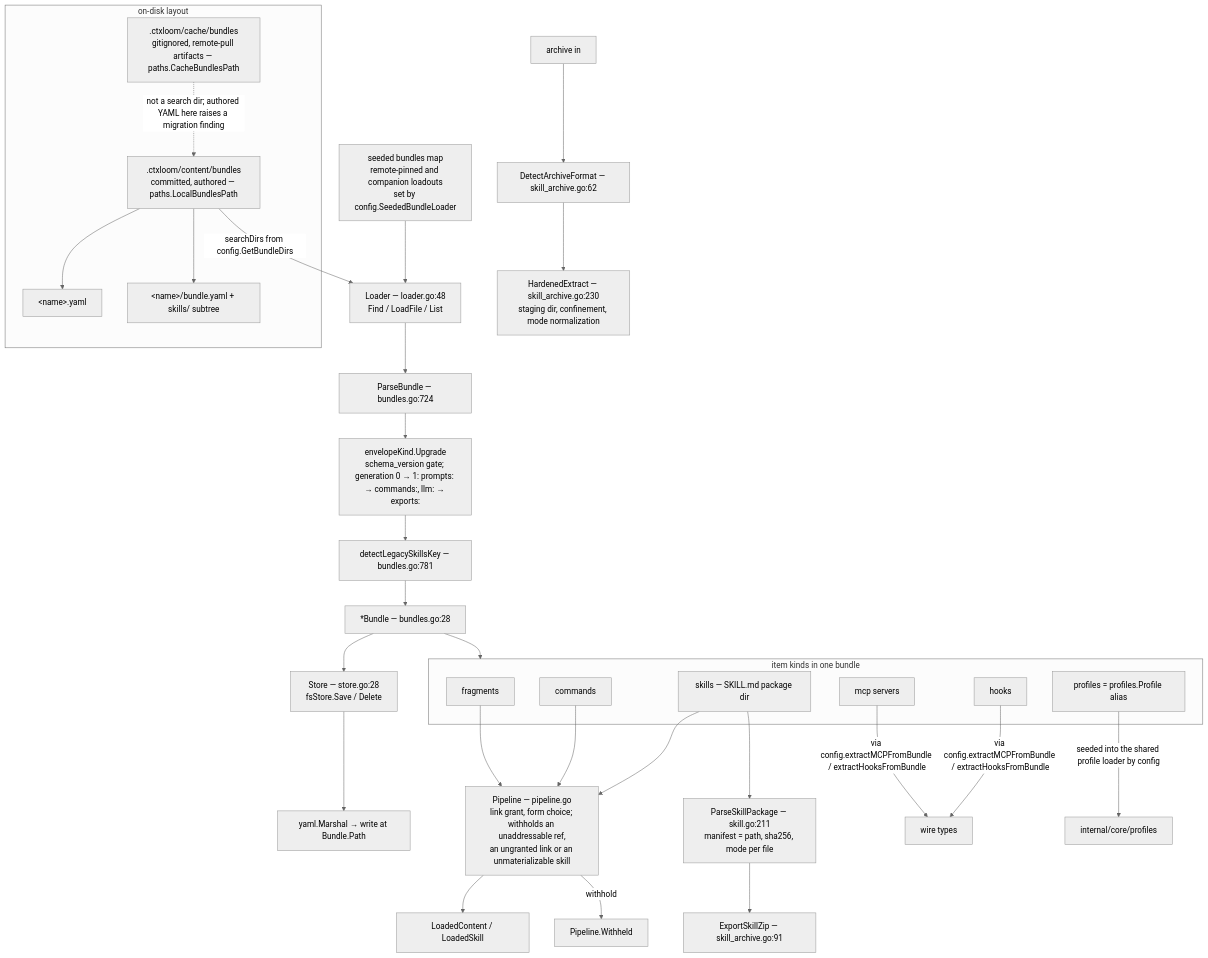
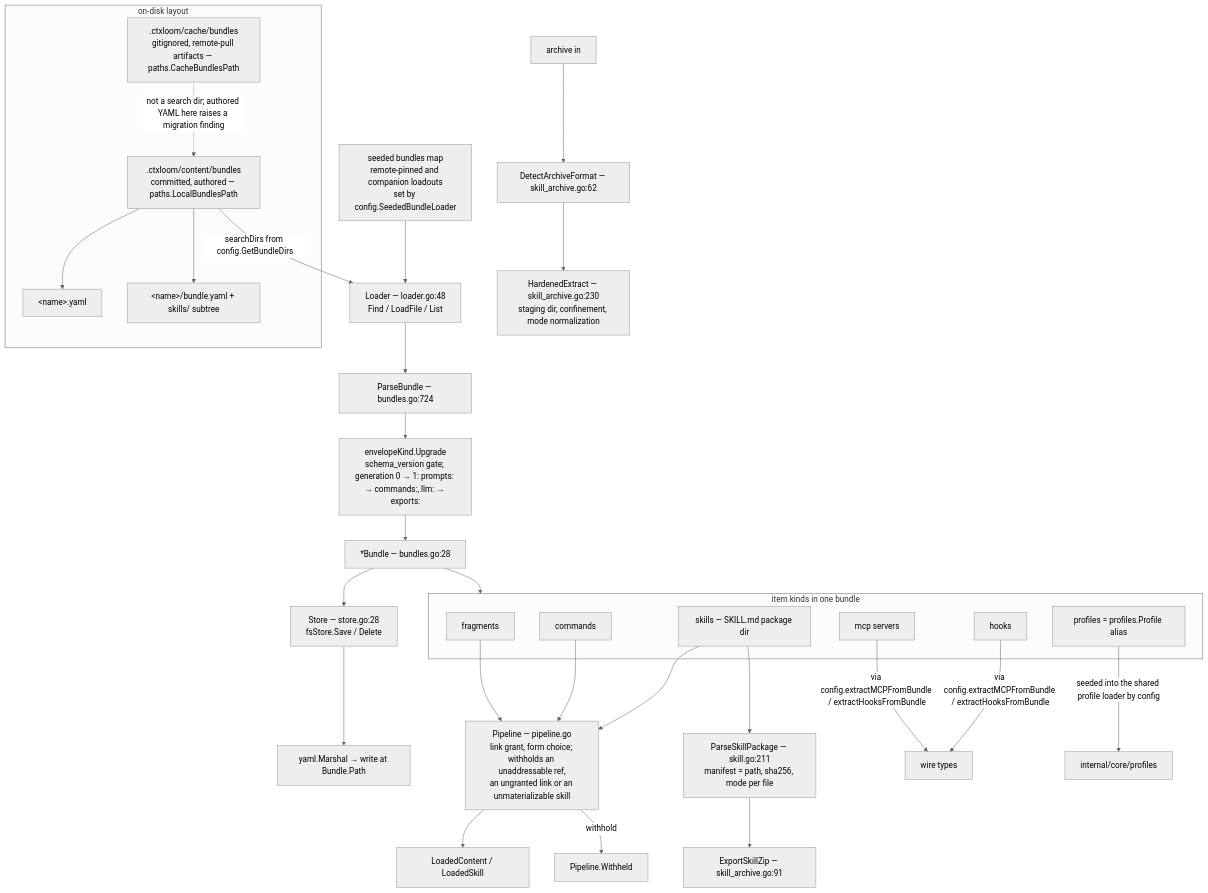
One commit to ctxloom/ctxloom changed the diagram in docs/architecture/core/bundles.md. Above: the diagram before and after it, drawn with Mermaid (neutral theme). The commit also changed 62 other files, not shown here.

First line of the commit message:
config, profiles, bundles: delete every retired-key detector (marshy-capture)

````diff
--- a/docs/architecture/core/bundles.md
+++ b/docs/architecture/core/bundles.md
@@ -29,45 +29,44 @@
 ```mermaid
 flowchart TD
     subgraph disk["on-disk layout"]
         CONTENT[".ctxloom/content/bundles<br/>committed, authored — paths.LocalBundlesPath"]
         CACHE[".ctxloom/cache/bundles<br/>gitignored, remote-pull artifacts — paths.CacheBundlesPath"]
         FORM1["&lt;name&gt;.yaml"]
         FORM2["&lt;name&gt;/bundle.yaml + skills/ subtree"]
         CONTENT --> FORM1 & FORM2
     end
 
     SEED["seeded bundles map<br/>remote-pinned and companion loadouts<br/>set by config.SeededBundleLoader"]
 
     CONTENT -->|"searchDirs from config.GetBundleDirs"| LOADER
     SEED --> LOADER
     CACHE -.->|"not a search dir; authored YAML here raises a migration finding"| CONTENT
 
     LOADER["Loader — loader.go:48<br/>Find / LoadFile / List"] --> PARSE["ParseBundle — bundles.go:724"]
     PARSE --> UPG["envelopeKind.Upgrade<br/>schema_version gate; generation 0 → 1: prompts: → commands:, llm: → exports:"]
-    UPG --> LEG["detectLegacySkillsKey — bundles.go:781"]
-    LEG --> BUNDLE["*Bundle — bundles.go:28"]
+    UPG --> BUNDLE["*Bundle — bundles.go:28"]
 
     BUNDLE --> KINDS
     subgraph KINDS["item kinds in one bundle"]
         FR["fragments"]
         CM["commands"]
         SK["skills — SKILL.md package dir"]
         MC["mcp servers"]
         HK["hooks"]
         PR["profiles = profiles.Profile alias"]
     end
 
     FR & CM & SK --> PIPE["Pipeline — pipeline.go<br/>link grant, form choice; withholds an unaddressable ref,<br/>an ungranted link or an unmaterializable skill"]
     PIPE --> OUT["LoadedContent / LoadedSkill"]
     PIPE -->|withhold| WH["Pipeline.Withheld"]
     MC & HK -->|"via config.extractMCPFromBundle / extractHooksFromBundle"| WIRE["wire types"]
 
     PR -->|"seeded into the shared profile loader by config"| PROF["internal/core/profiles"]
 
     BUNDLE --> STORE["Store — store.go:28<br/>fsStore.Save / Delete"]
     STORE --> WRITE["yaml.Marshal → write at Bundle.Path"]
 
     SK --> SKPKG["ParseSkillPackage — skill.go:211<br/>manifest = path, sha256, mode per file"]
     SKPKG --> ZIP["ExportSkillZip — skill_archive.go:91"]
     ARCH["archive in"] --> DET["DetectArchiveFormat — skill_archive.go:62"] --> HE["HardenedExtract — skill_archive.go:230<br/>staging dir, confinement, mode normalization"]
 ```
````
